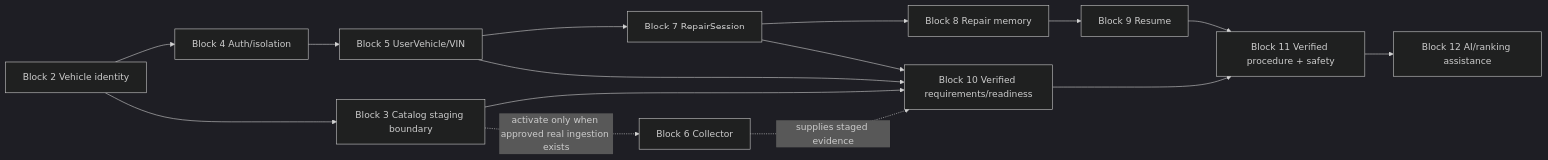
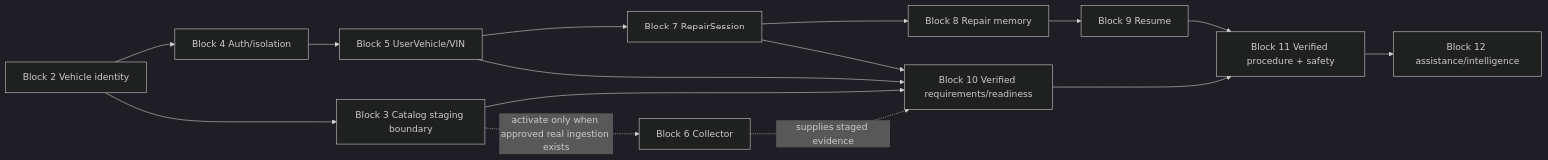
Before and after one commit to Vivek-k24/forgebridge-demo: the eighth of 10 diagrams in docs/PARTGRAPH_SYSTEM_UML.md, drawn with Mermaid (dark theme). The commit also changed other lines of this file, not shown here.

Commit message:
Document assistance and intelligence ownership boundary

````diff
--- a/docs/PARTGRAPH_SYSTEM_UML.md
+++ b/docs/PARTGRAPH_SYSTEM_UML.md
@@ -299,17 +308,17 @@
 ```mermaid
 flowchart LR
     B2[Block 2 Vehicle identity] --> B4[Block 4 Auth/isolation]
     B4 --> B5[Block 5 UserVehicle/VIN]
     B2 --> B3[Block 3 Catalog staging boundary]
     B5 --> B7[Block 7 RepairSession]
     B7 --> B8[Block 8 Repair memory]
     B8 --> B9[Block 9 Resume]
     B3 --> B10[Block 10 Verified requirements/readiness]
     B5 --> B10
     B7 --> B10
     B10 --> B11[Block 11 Verified procedure + safety]
     B9 --> B11
-    B11 --> B12[Block 12 AI/ranking assistance]
+    B11 --> B12[Block 12 assistance/intelligence]
     B3 -. activate only when approved real ingestion exists .-> B6[Block 6 Collector]
     B6 -. supplies staged evidence .-> B10
 ```
````
